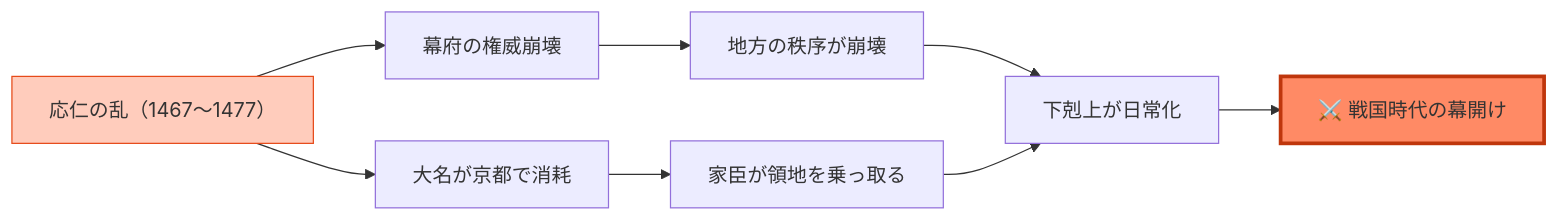
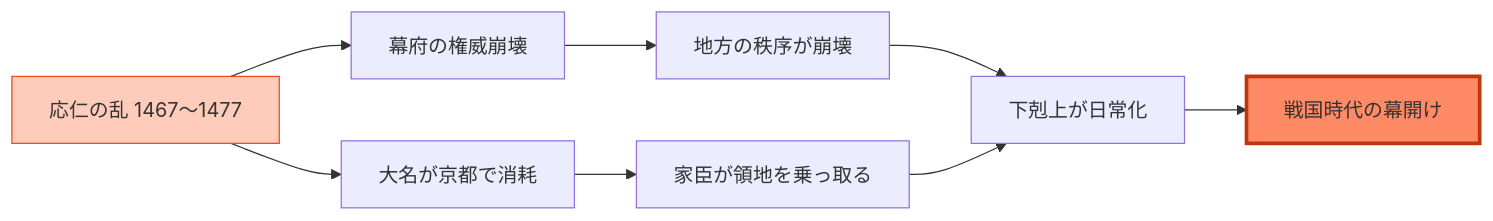
The second of 2 diagrams in docs/Japanese/Sengoku/onin_ch02.md (forthelucky/my-japanese-lessons), drawn with Mermaid before and after one commit. The commit also changed other lines of this file and 1 other file, not shown here.

````diff
--- a/docs/Japanese/Sengoku/onin_ch02.md
+++ b/docs/Japanese/Sengoku/onin_ch02.md
@@ -80,13 +83,13 @@
 ```mermaid
 graph LR
-    A["応仁の乱（1467〜1477）"] --> B["幕府の権威崩壊"]
+    A["応仁の乱 1467〜1477"] --> B["幕府の権威崩壊"]
     A --> C["大名が京都で消耗"]
     B --> D["地方の秩序が崩壊"]
     C --> E["家臣が領地を乗っ取る"]
     D --> F["下剋上が日常化"]
     E --> F
-    F --> G["⚔️ 戦国時代の幕開け"]
+    F --> G["戦国時代の幕開け"]
 
     style A fill:#ffccbc,stroke:#e64a19
     style G fill:#ff8a65,stroke:#bf360c,stroke-width:3px
 ```
````
